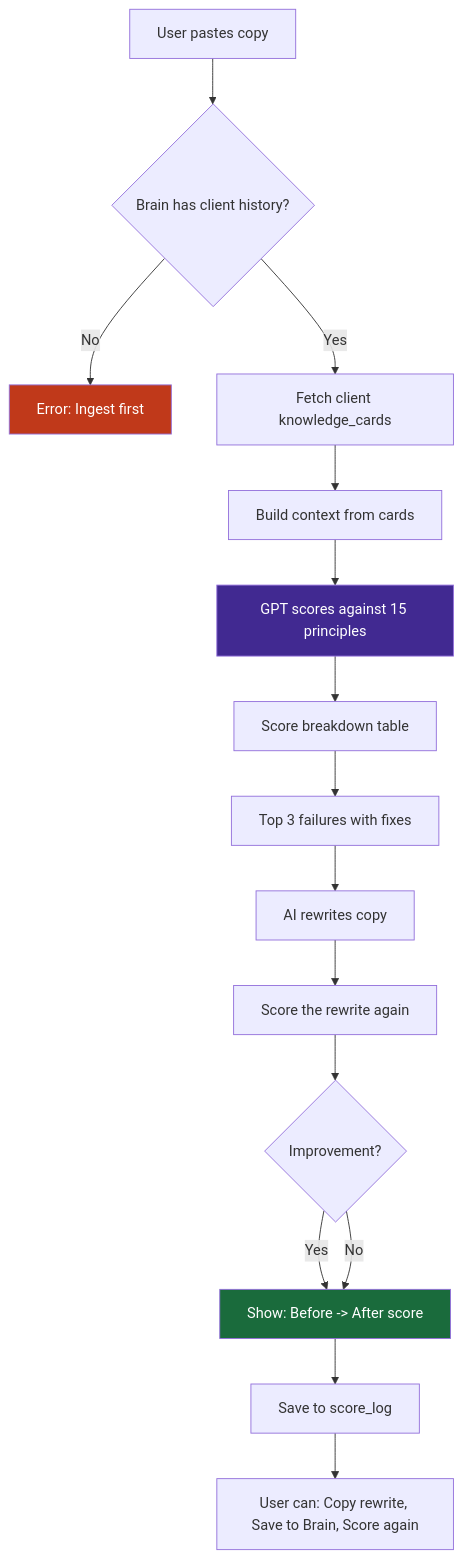
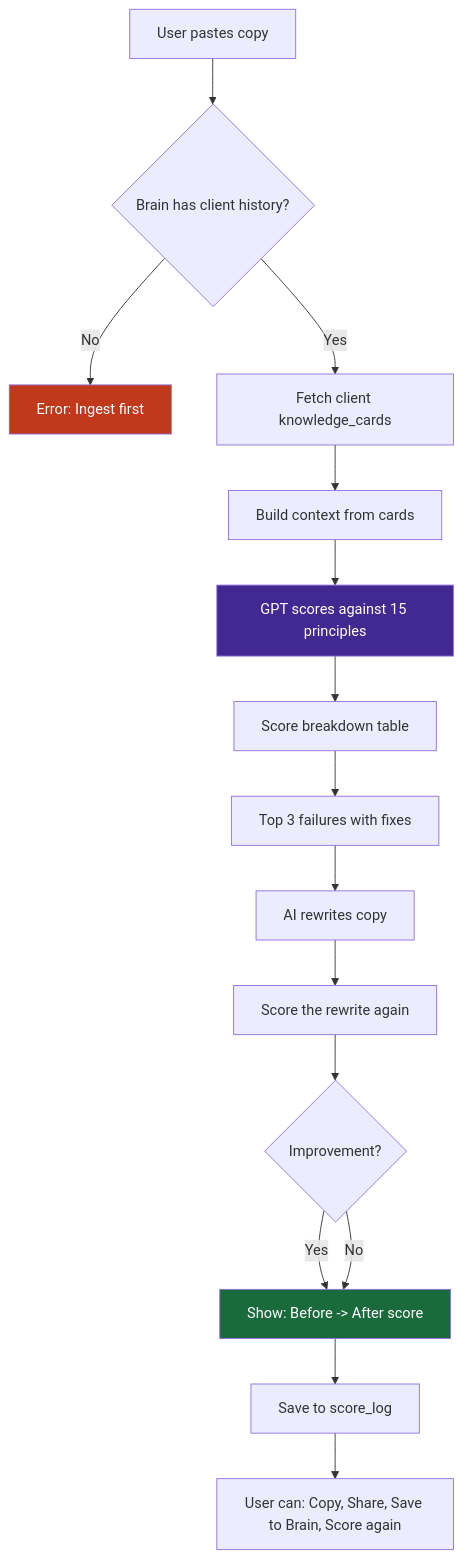
One commit to NikhilRaikwar/BrandBrain changed the fifth of 7 diagrams in README.md. Above: the diagram before and after it, drawn with Mermaid. The commit also changed other lines of this file, not shown here.

````diff
--- a/README.md
+++ b/README.md
@@ -197,25 +198,25 @@
 ```mermaid
 flowchart TD
     A[User pastes copy] --> B{Brain has client history?}
     B -- No --> C[Error: Ingest first]
     B -- Yes --> D[Fetch client knowledge_cards]
 
     D --> E[Build context from cards]
     E --> F[GPT scores against 15 principles]
 
     F --> G[Score breakdown table]
     G --> H[Top 3 failures with fixes]
     H --> I[AI rewrites copy]
     I --> J[Score the rewrite again]
 
     J --> K{Improvement?}
     K -- Yes --> L[Show: Before -> After score]
     K -- No --> L
 
     L --> M[Save to score_log]
-    M --> N[User can: Copy rewrite, Save to Brain, Score again]
+    M --> N[User can: Copy, Share, Save to Brain, Score again]
 
     style F fill:#412991,color:#fff
     style L fill:#1a6b3c,color:#fff
     style C fill:#c0391a,color:#fff
 ```
````
